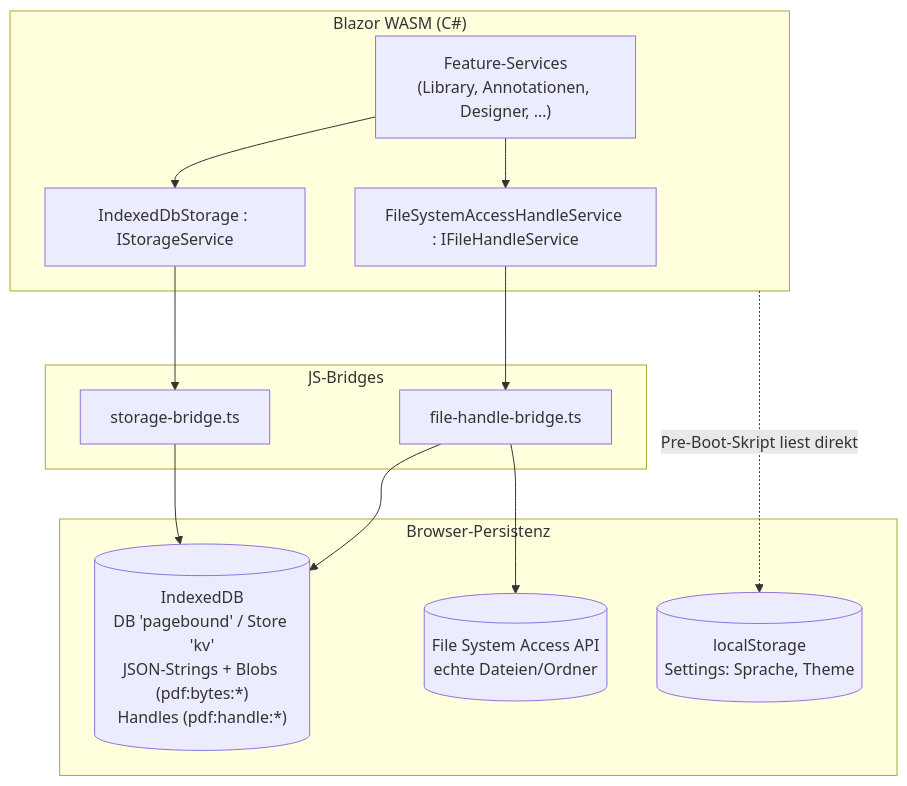
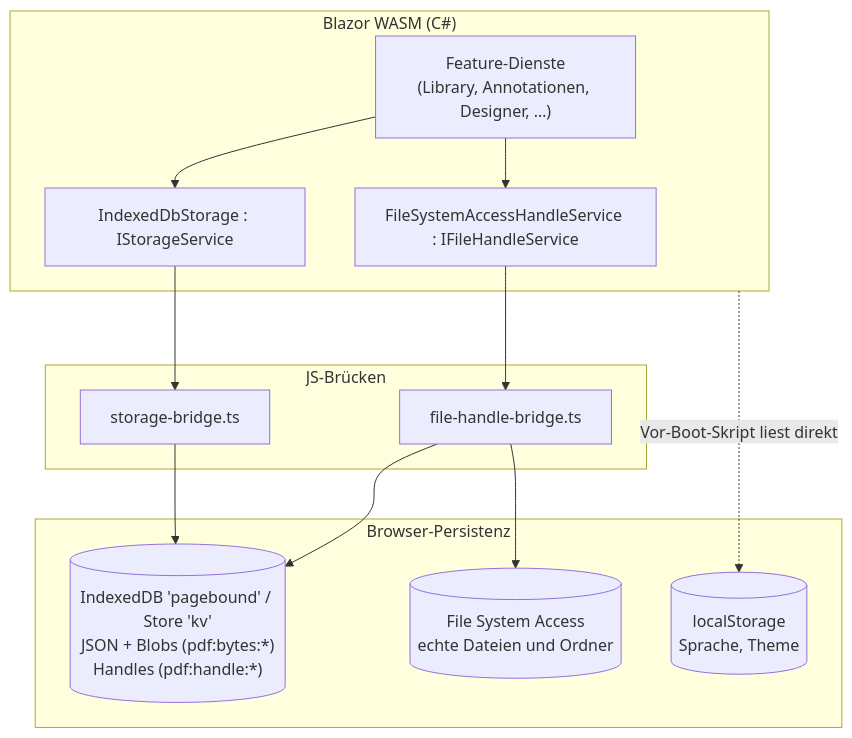
The diagram in docs/blueprints/storage-persistenz.md (LupusMalusDeviant/Pagebound), drawn with Mermaid before and after one commit. The commit also changed other lines of this file and 26 other files, not shown here.

````diff
--- a/docs/blueprints/storage-persistenz.md
+++ b/docs/blueprints/storage-persistenz.md
@@ -66,21 +77,21 @@
 ```mermaid
 flowchart TD
     subgraph Blazor["Blazor WASM (C#)"]
-        SVC["Feature-Services<br/>(Library, Annotationen, Designer, …)"]
+        SVC["Feature-Dienste<br/>(Library, Annotationen, Designer, …)"]
         IDB_CS["IndexedDbStorage : IStorageService"]
         FHS["FileSystemAccessHandleService : IFileHandleService"]
     end
-    subgraph JS["JS-Bridges"]
+    subgraph JS["JS-Brücken"]
         SB["storage-bridge.ts"]
         FB["file-handle-bridge.ts"]
     end
     subgraph Browser["Browser-Persistenz"]
-        IDB[("IndexedDB<br/>DB 'pagebound' / Store 'kv'<br/>JSON-Strings + Blobs (pdf:bytes:*)<br/>Handles (pdf:handle:*)")]
-        LS[("localStorage<br/>Settings: Sprache, Theme")]
-        FS[("File System Access API<br/>echte Dateien/Ordner")]
+        IDB[("IndexedDB 'pagebound' / Store 'kv'<br/>JSON + Blobs (pdf:bytes:*)<br/>Handles (pdf:handle:*)")]
+        LS[("localStorage<br/>Sprache, Theme")]
+        FS[("File System Access<br/>echte Dateien und Ordner")]
     end
     SVC --> IDB_CS --> SB --> IDB
     SVC --> FHS --> FB --> IDB
     FB --> FS
-    Blazor -. "Pre-Boot-Skript liest direkt" .-> LS
+    Blazor -. "Vor-Boot-Skript liest direkt" .-> LS
 ```
````
